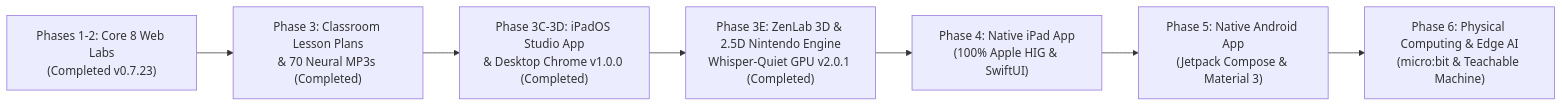
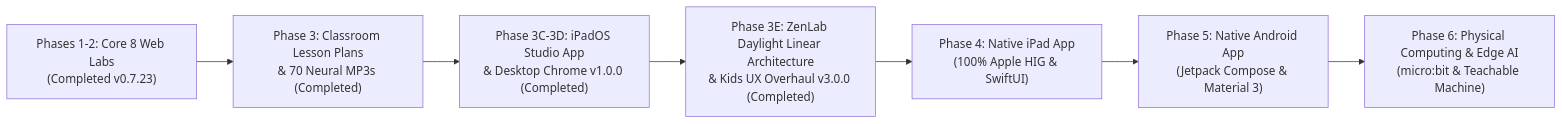
Before and after one commit to omerninyo/zenlab: the diagram in ROADMAP.md, drawn with Mermaid. The commit also changed other lines of this file and 50 other files, not shown here.

First line of the commit message:
feat(daylight): full-platform Daylight Linear Lesson Player & tween progression overhaul (v3.0.0)

````diff
--- a/ROADMAP.md
+++ b/ROADMAP.md
@@ -13,9 +13,9 @@
 ```mermaid
 flowchart LR
     P1["Phases 1-2: Core 8 Web Labs\n(Completed v0.7.23)"] --> P3["Phase 3: Classroom Lesson Plans\n& 70 Neural MP3s (Completed)"]
     P3 --> P3C["Phase 3C-3D: iPadOS Studio App\n& Desktop Chrome v1.0.0 (Completed)"]
-    P3C --> P3E["Phase 3E: ZenLab 3D & 2.5D Nintendo Engine\nWhisper-Quiet GPU v2.0.1 (Completed)"]
+    P3C --> P3E["Phase 3E: ZenLab Daylight Linear Architecture\n& Kids UX Overhaul v3.0.0 (Completed)"]
     P3E --> P4["Phase 4: Native iPad App\n(100% Apple HIG & SwiftUI)"]
     P4 --> P5["Phase 5: Native Android App\n(Jetpack Compose & Material 3)"]
     P5 --> P6["Phase 6: Physical Computing & Edge AI\n(micro:bit & Teachable Machine)"]
 ```
````
